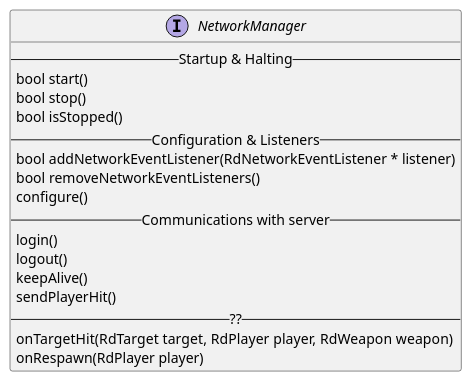
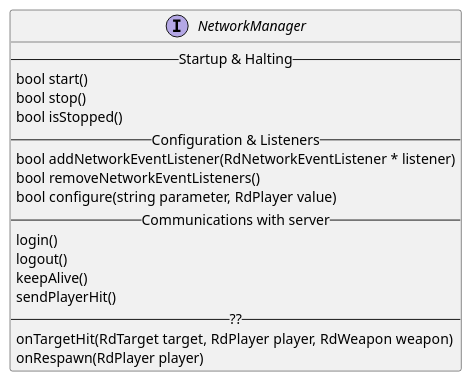
The diagram in en/network-manager.md (asrob-uc3m/robotDevastation-developer-manual), drawn with PlantUML before and after one commit. The commit also changed other lines of this file, not shown here.

Commit message:
Updates en/network-manager.md
Auto commit by GitBook Editor

```diff
--- a/en/network-manager.md
+++ b/en/network-manager.md
@@ -4,20 +4,20 @@
 {% plantuml %}
 interface NetworkManager {
 --Startup & Halting--
 bool start()
 bool stop()
 bool isStopped()
 -- Configuration & Listeners --
 bool addNetworkEventListener(RdNetworkEventListener * listener)
 bool removeNetworkEventListeners()
-configure()
+bool configure(string parameter, RdPlayer value)
 -- Communications with server --
 login()
 logout()
 keepAlive()
 sendPlayerHit()
 -- ?? --
 onTargetHit(RdTarget target, RdPlayer player, RdWeapon weapon)
 onRespawn(RdPlayer player)
 }
 {% endplantuml %}
```
